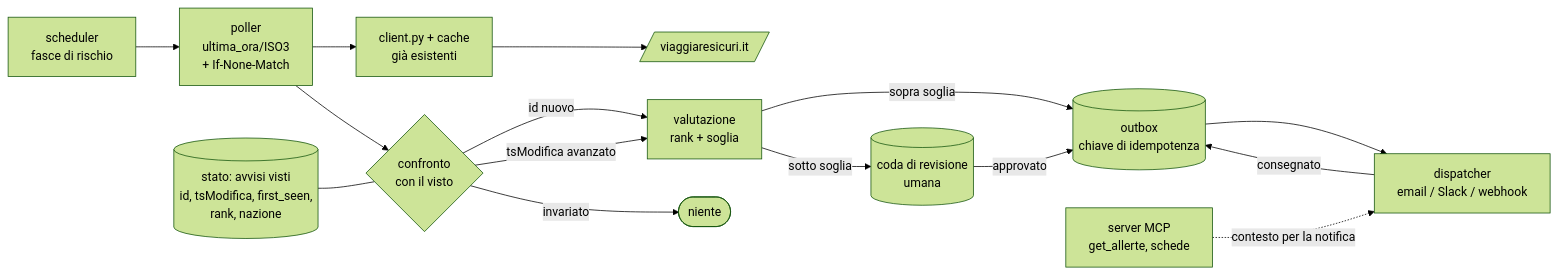
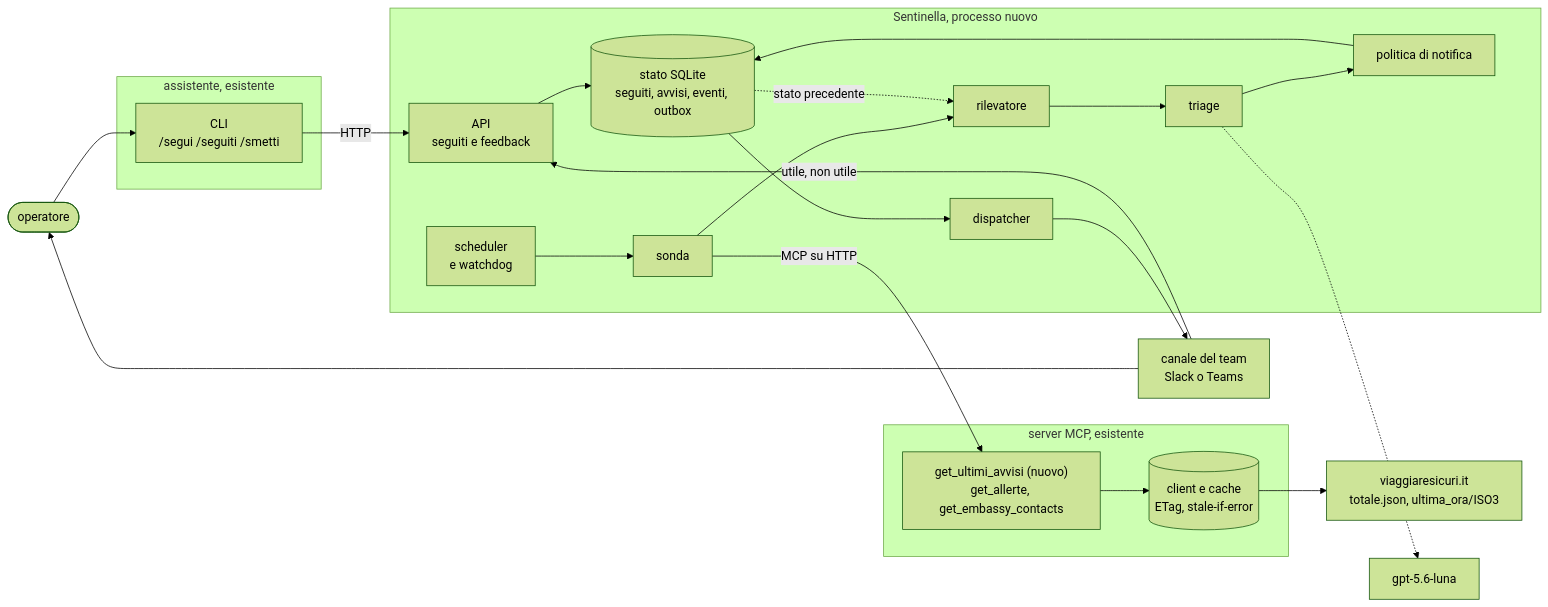
One commit to lorispalmarin/travelanalyst changed the diagram in docs/PROACTIVE_AGENT.md. Above: the diagram before and after it, drawn with Mermaid (forest theme). The commit also changed other lines of this file and 8 other files, not shown here.

````diff
--- a/docs/PROACTIVE_AGENT.md
+++ b/docs/PROACTIVE_AGENT.md
@@ -16,17 +99,37 @@
 ```mermaid
 flowchart LR
-    SCH[scheduler<br/>fasce di rischio] --> POLL[poller<br/>ultima_ora/ISO3<br/>+ If-None-Match]
-    POLL --> CL[client.py + cache<br/>già esistenti]
-    CL --> F[/viaggiaresicuri.it/]
-    POLL --> DIFF{confronto<br/>con il visto}
-    ST[(stato: avvisi visti<br/>id, tsModifica, first_seen,<br/>rank, nazione)] --- DIFF
-    DIFF -->|id nuovo| VAL[valutazione<br/>rank + soglia]
-    DIFF -->|tsModifica avanzato| VAL
-    DIFF -->|invariato| STOP([niente])
-    VAL -->|sopra soglia| OUT[(outbox<br/>chiave di idempotenza)]
-    VAL -->|sotto soglia| CODA[(coda di revisione<br/>umana)]
-    CODA -->|approvato| OUT
-    OUT --> SEND[dispatcher<br/>email / Slack / webhook]
-    SEND -->|consegnato| OUT
-    MCP[server MCP<br/>get_allerte, schede] -.contesto per la notifica.-> SEND
+    OP(["operatore"])
+    CH["canale del team<br/>Slack o Teams"]
+    VS["viaggiaresicuri.it<br/>totale.json, ultima_ora/ISO3"]
+    LLM["gpt-5.6-luna"]
+
+    subgraph G_ASS["assistente, esistente"]
+        CLI["CLI<br/>/segui /seguiti /smetti"]
+    end
+
+    subgraph G_MCP["server MCP, esistente"]
+        TOOL["get_ultimi_avvisi (nuovo)<br/>get_allerte, get_embassy_contacts"]
+        CACHE[("client e cache<br/>ETag, stale-if-error")]
+    end
+
+    subgraph G_SEN["Sentinella, processo nuovo"]
+        SCH["scheduler<br/>e watchdog"]
+        SON["sonda"]
+        RIL["rilevatore"]
+        TRI["triage"]
+        POL["politica di notifica"]
+        DB[("stato SQLite<br/>seguiti, avvisi, eventi, outbox")]
+        DIS["dispatcher"]
+        API["API<br/>seguiti e feedback"]
+    end
+
+    SCH --> SON
+    SON -->|MCP su HTTP| TOOL
+    TOOL --> CACHE --> VS
+    SON --> RIL --> TRI --> POL --> DB
+    DB -.->|stato precedente| RIL
+    TRI -.-> LLM
+    DB --> DIS --> CH --> OP
+    OP --> CLI -->|HTTP| API --> DB
+    CH -->|utile, non utile| API
 ```
````
